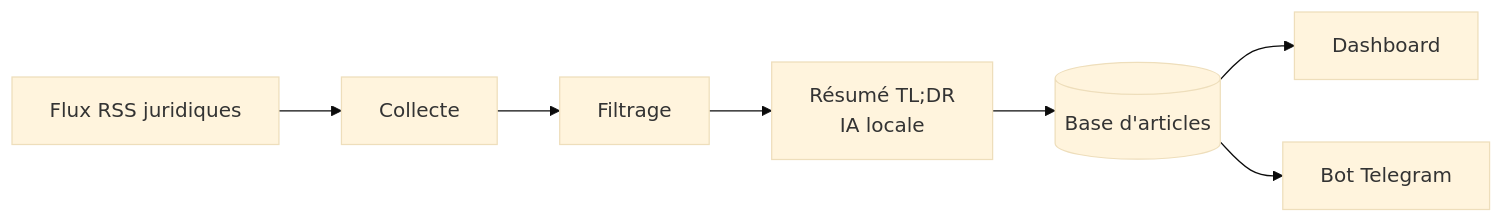
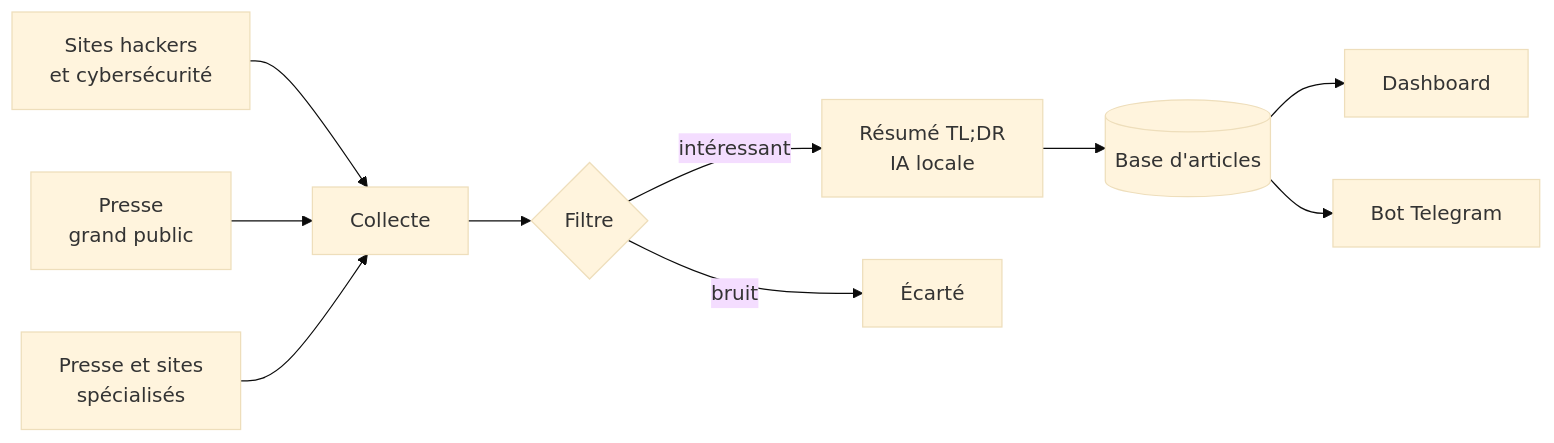
Before and after one commit to Leo-TRS/DPO-News: the diagram in README.md, drawn with Mermaid (base theme). The commit also changed other lines of this file, not shown here.

Commit message:
README : dashboard de news multi-sources avec filtre

````diff
--- a/README.md
+++ b/README.md
@@ -42,9 +37,12 @@
 ```mermaid
 flowchart LR
-    A[Flux RSS juridiques] --> B[Collecte]
-    B --> C[Filtrage]
-    C --> D["Résumé TL;DR<br>IA locale"]
-    D --> E[(Base d'articles)]
-    E --> F[Dashboard]
-    E --> G[Bot Telegram]
+    S1[Sites hackers<br>et cybersécurité] --> C[Collecte]
+    S2[Presse<br>grand public] --> C
+    S3[Presse et sites<br>spécialisés] --> C
+    C --> F{Filtre}
+    F -- "intéressant" --> R["Résumé TL;DR<br>IA locale"]
+    F -- "bruit" --> X[Écarté]
+    R --> D[(Base d'articles)]
+    D --> DB[Dashboard]
+    D --> T[Bot Telegram]
 ```
````
